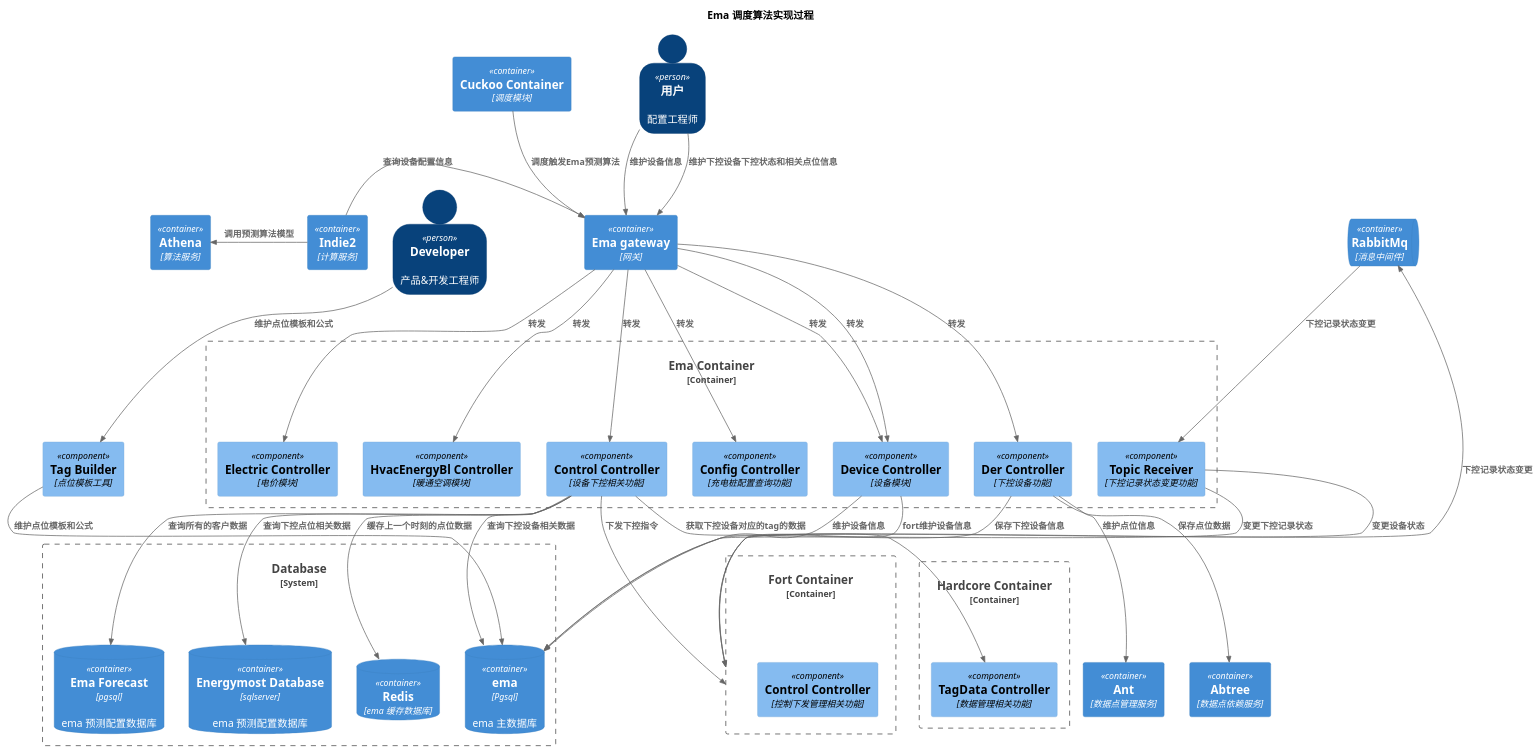
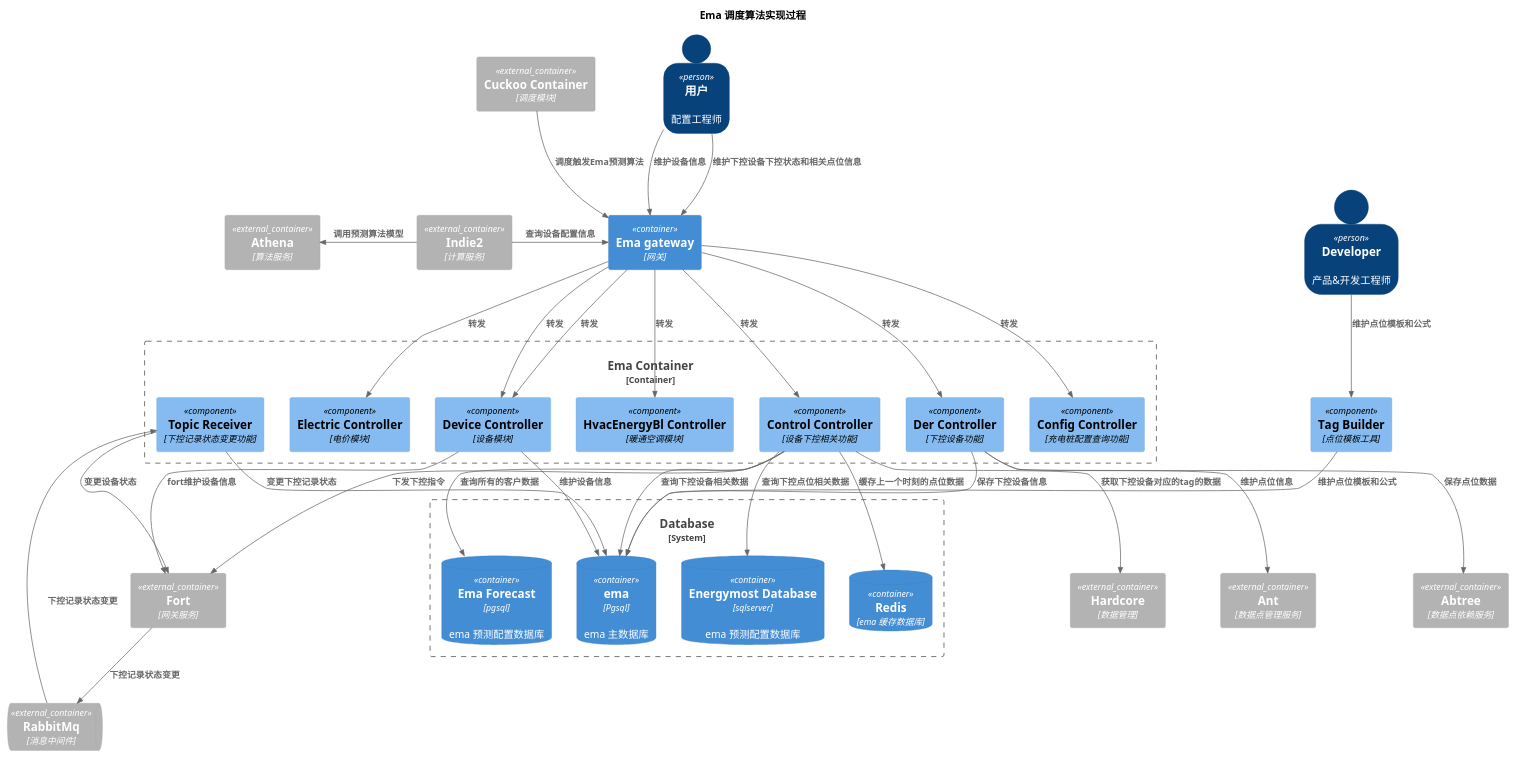
The diagram in c4-ema/ema_component_预测算法.puml (0shuibo/C4-UML), drawn with PlantUML before and after one commit. The commit also changed 2 other files, not shown here.

Commit message:
提交C4图

```diff
--- a/c4-ema/ema_component_预测算法.puml
+++ b/c4-ema/ema_component_预测算法.puml
@@ -1,103 +1,98 @@
 @startuml 设备台账
 !include ../C4_Component.puml
 
 LAYOUT_TOP_DOWN()
 SHOW_PERSON_OUTLINE()
 
 title Ema 调度算法实现过程
 ' 预测算法相关内容
-Container(cuckoo, "Cuckoo Container","调度模块")
+Container_Ext(cuckoo, "Cuckoo Container","调度模块")
 
 Container(emaGateway, "Ema gateway","网关")
 
 Container_Boundary(ema, "Ema Container") {
     Component(emaControl, "Control Controller", "设备下控相关功能")
     Component(topicReceiver, "Topic Receiver", "下控记录状态变更功能")
     Component(configModule, "Config Controller", "充电桩配置查询功能")
     Component(electricModule, "Electric Controller", "电价模块")
     Component(deviceModule, "Device Controller", "设备模块")
     Component(HvacEnergyBlModule, "HvacEnergyBl Controller", "暖通空调模块")
     Component(DerModule, "Der Controller", "下控设备功能")
 }
 
-Container_Boundary(hardcore, "Hardcore Container") {
-    Component(tagManager, "TagData Controller", "数据管理相关功能")
-}
+Container_Ext(hardcore, "Hardcore", "数据管理")
 
-
-Container_Boundary(fort, "Fort Container") {
-    Component(ticketBff, "Control Controller", "控制下发管理相关功能")
-}
+Container_Ext(fort, "Fort", "网关服务")
 
 System_Boundary(emaDatabase, "Database") {
     ContainerDb(emaForecast, "Ema Forecast", "pgsql", "ema 预测配置数据库")
     ContainerDb(emaDb, "ema", "Pgsql", "ema 主数据库")
     ContainerDb(energymostDb, "Energymost Database", "sqlserver", "ema 预测配置数据库")
     ContainerDb(redis, "Redis", "ema 缓存数据库")
 }
 
-ContainerQueue(rabbitMq, "RabbitMq", "消息中间件")
+ContainerQueue_Ext(rabbitMq, "RabbitMq", "消息中间件")
 
-Container(athena, "Athena", "算法服务")
-Container(indie2, "Indie2", "计算服务")
-Container(ant, "Ant", "数据点管理服务")
-Container(abtree, "Abtree", "数据点依赖服务")
+Container_Ext(athena, "Athena", "算法服务")
+Container_Ext(indie2, "Indie2", "计算服务")
+Container_Ext(ant, "Ant", "数据点管理服务")
+Container_Ext(abtree, "Abtree", "数据点依赖服务")
 
 ' 下控依赖关系
 Rel_D(cuckoo,emaGateway,"调度触发Ema预测算法","")
 Rel_D(emaGateway,emaControl,"转发","")
 Rel_D(emaControl,emaForecast,"查询所有的客户数据","")
 Rel_D(emaControl,emaDb,"查询下控设备相关数据","")
 Rel_D(emaControl,energymostDb,"查询下控点位相关数据","")
-Rel_D(emaControl,tagManager,"获取下控设备对应的tag的数据","")
+Rel_D(emaControl,hardcore,"获取下控设备对应的tag的数据","")
 Rel_D(emaControl,redis,"缓存上一个时刻的点位数据","")
 Rel_D(emaControl,fort,"下发下控指令","")
 Rel_D(rabbitMq,topicReceiver,"下控记录状态变更","")
 Rel_D(fort,rabbitMq,"下控记录状态变更","")
 
 Rel_R(indie2,emaGateway,"查询设备配置信息","")
 Rel_R(emaGateway,configModule,"转发","")
 ' Rel_R(indie2,emaGateway,"查询电价配置","")
 Rel_R(emaGateway,electricModule,"转发","")
 ' Rel_R(indie2,emaGateway,"查询设备配置","")
 Rel_R(emaGateway,deviceModule,"转发","")
 ' Rel_R(indie2,emaGateway,"查询暖通空调配置","")
 Rel_R(emaGateway,HvacEnergyBlModule,"转发","")
 Rel_L(indie2,athena,"调用预测算法模型","")
 Rel_D(topicReceiver,fort,"变更设备状态","")
 Rel_D(topicReceiver,emaDb,"变更下控记录状态","")
 
 '预测算法配置功能
 Person(configUser, "用户", "配置工程师")
 
 
 ' Container_Boundary(userAuth, "UserAuth Container") {
 '     Component(emaControl, "Control Controller", "设备下控相关功能")
 ' }
 
 
 '配置依赖关系
 Rel_D(configUser,emaGateway,"维护设备信息","")
 Rel_D(emaGateway,deviceModule,"转发","")
 Rel_D(deviceModule,emaDb,"维护设备信息","")
 Rel_D(deviceModule,fort,"fort维护设备信息","")
 
 Rel_D(configUser,emaGateway,"维护下控设备下控状态和相关点位信息","")
 Rel_D(emaGateway,DerModule,"转发","")
 Rel_D(DerModule,ant,"维护点位信息","")
 Rel_D(DerModule,emaDb,"保存下控设备信息","")
 Rel_D(DerModule,abtree,"保存点位数据","")
 
 
 
 ' 点位模板配置
 Person(developer, "Developer", "产品&开发工程师")
 
 Component(tagBuilder, "Tag Builder", "点位模板工具")
 
 Rel_D(developer,tagBuilder,"维护点位模板和公式","")
 Rel_D(tagBuilder,emaDb,"维护点位模板和公式","")
 
 
 
 @enduml
```
